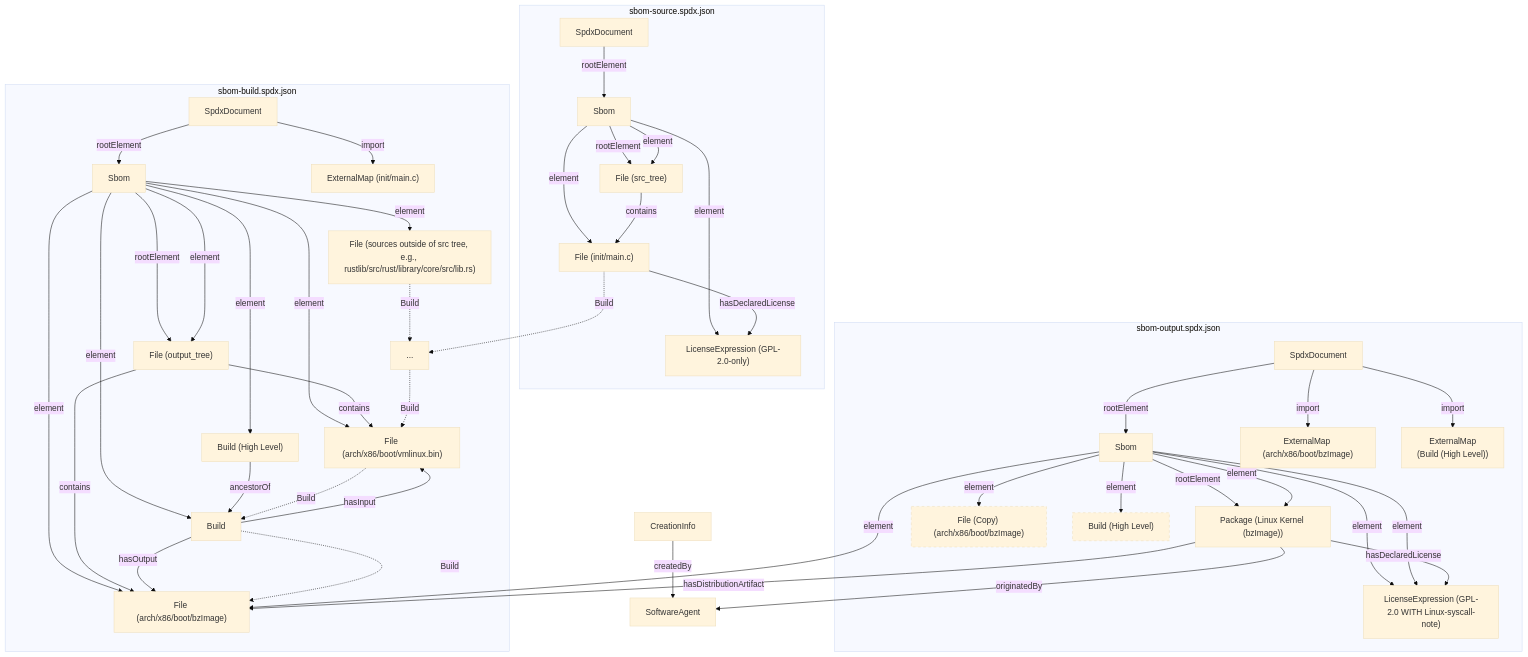
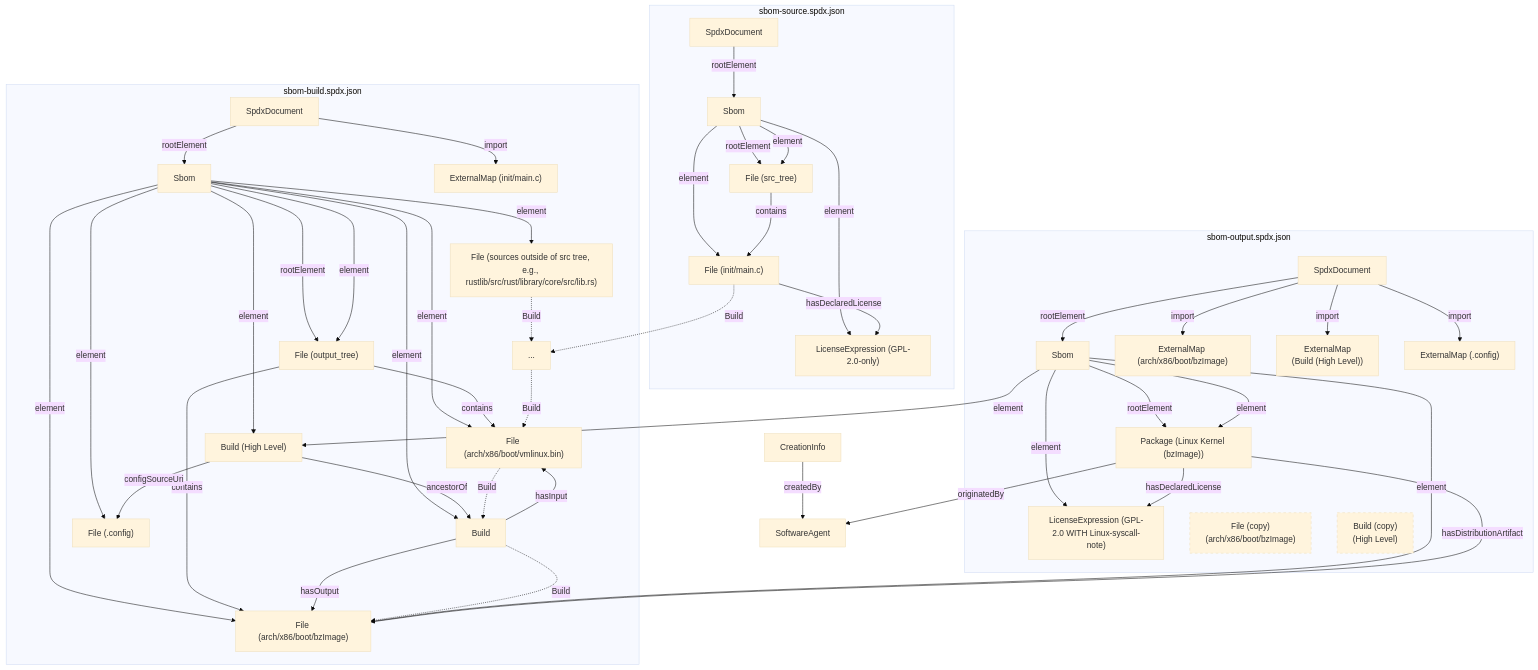
The first of 2 diagrams in README.md (TNG/KernelSbom), drawn with Mermaid (base theme) before and after one commit. The commit also changed other lines of this file and 3 other files, not shown here.

Commit message:
added configSourceUri for high level build element

```diff
--- a/README.md
+++ b/README.md
@@ -116,6 +116,7 @@
         DOTDOT["..."]
         MAINC_EXTERNALMAP["ExternalMap (init/main.c)"]
         RUSTLIB["File (sources outside of src tree, e.g., rustlib/src/rust/library/core/src/lib.rs)"]
+        CONFIG["File (.config)"]
         
         BUILD_DOC -->|rootElement| BUILD_SBOM
         BUILD_DOC -->|import| MAINC_EXTERNALMAP
@@ -127,11 +128,13 @@
         BUILD_SBOM -->|element| BZIMAGE
         BUILD_SBOM -->|element| HIGH_LEVEL_BUILD
         BUILD_SBOM -->|element| LOW_LEVEL_BUILD
+        BUILD_SBOM -->|element| CONFIG
 
         OUTPUT_TREE -->|contains| VMLINUX_BIN
         OUTPUT_TREE -->|contains| BZIMAGE
 
         HIGH_LEVEL_BUILD -->|ancestorOf| LOW_LEVEL_BUILD
+        HIGH_LEVEL_BUILD -->|configSourceUri| CONFIG
 
         RUSTLIB -.->|Build| DOTDOT
         DOTDOT -.->|Build| VMLINUX_BIN
@@ -149,10 +152,11 @@
         OUTPUT_SBOM["Sbom"]
         PACKAGE["Package (Linux Kernel (bzImage))"]
         PACKAGE_LICENSEEXPRESSION["LicenseExpression (GPL-2.0 WITH Linux-syscall-note)"]
-        BZIMAGE_COPY["File (Copy) (arch/x86/boot/bzImage)"]
+        BZIMAGE_COPY["File (copy)<br> (arch/x86/boot/bzImage)"]
         BZIMAGE_EXTERNALMAP["ExternalMap (arch/x86/boot/bzImage)"]
-        HIGH_LEVEL_BUILD_COPY["Build (High Level)"]
+        HIGH_LEVEL_BUILD_COPY["Build (copy)<br>(High Level)"]
         HIGH_LEVEL_BUILD_EXTERNALMAP["ExternalMap<br>(Build (High Level))"]
+        CONFIG_EXTERNALMAP["ExternalMap (.config)"]
         
         style BZIMAGE_COPY stroke-dasharray: 5 5
         style HIGH_LEVEL_BUILD_COPY stroke-dasharray: 5 5
@@ -160,14 +164,13 @@
         OUTPUT_DOC -->|rootElement| OUTPUT_SBOM
         OUTPUT_DOC -->|import| BZIMAGE_EXTERNALMAP
         OUTPUT_DOC -->|import| HIGH_LEVEL_BUILD_EXTERNALMAP
+        OUTPUT_DOC -->|import| CONFIG_EXTERNALMAP
 
         OUTPUT_SBOM -->|rootElement| PACKAGE
         OUTPUT_SBOM -->|element| PACKAGE
         OUTPUT_SBOM -->|element| BZIMAGE
         OUTPUT_SBOM -->|element| PACKAGE_LICENSEEXPRESSION
-        OUTPUT_SBOM -->|element| BZIMAGE_COPY
-        OUTPUT_SBOM -->|element| PACKAGE_LICENSEEXPRESSION
-        OUTPUT_SBOM -->|element| HIGH_LEVEL_BUILD_COPY
+        OUTPUT_SBOM -->|element| HIGH_LEVEL_BUILD
 
         PACKAGE -->|hasDistributionArtifact| BZIMAGE
         PACKAGE -->|hasDeclaredLicense| PACKAGE_LICENSEEXPRESSION
```
